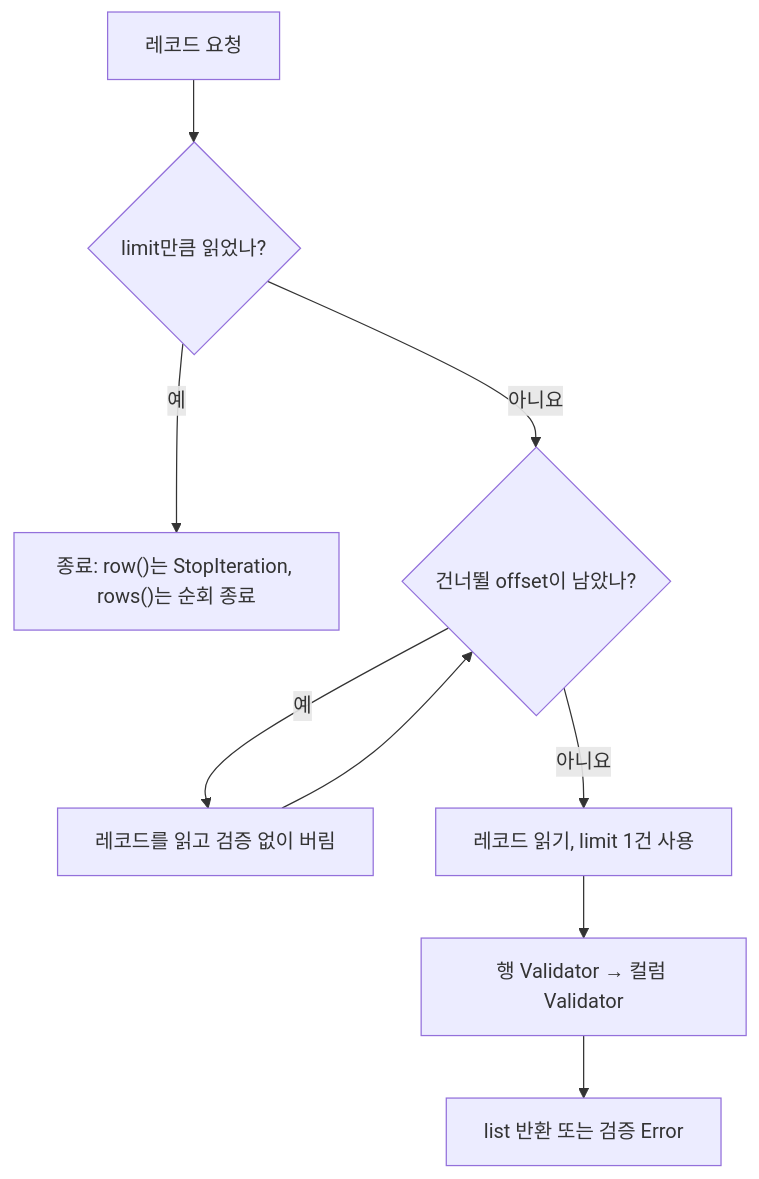
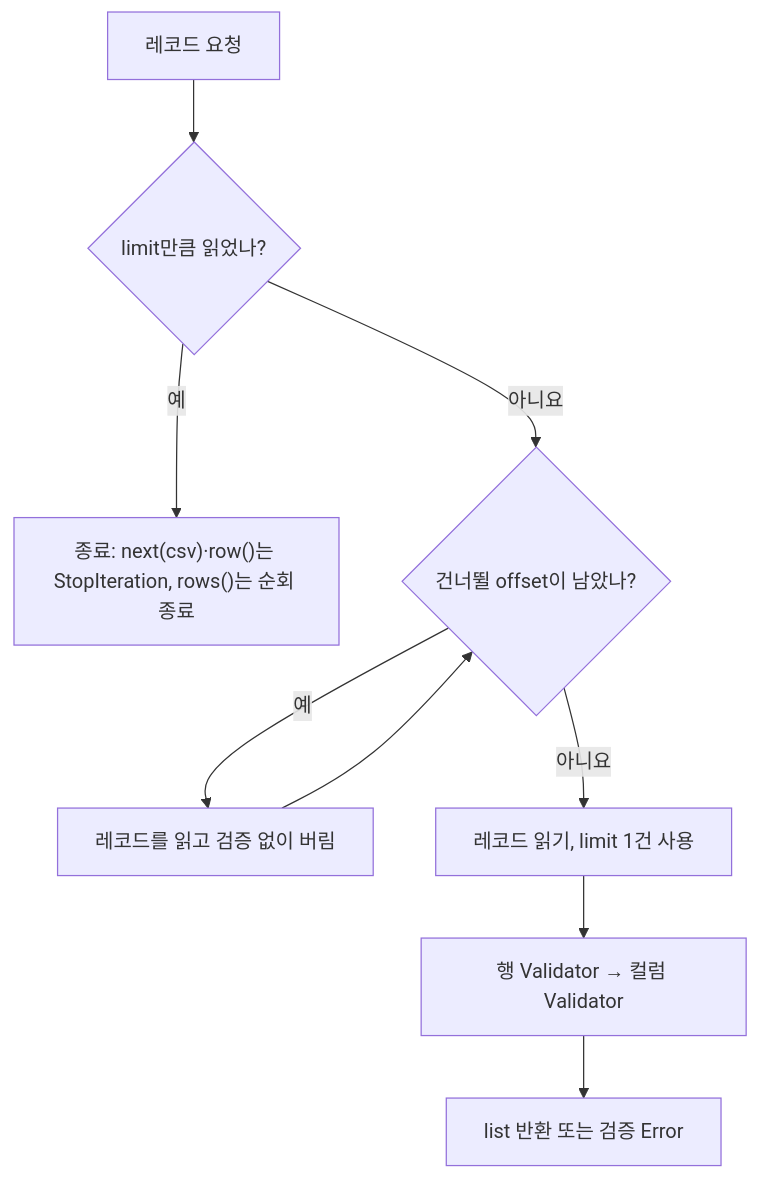
Before and after one commit to yong5eon/csvd2c: the second of 4 diagrams in docs/README.md, drawn with Mermaid. The commit also changed other lines of this file and 16 other files, not shown here.

````diff
--- a/docs/README.md
+++ b/docs/README.md
@@ -149,10 +149,10 @@
 ```mermaid
 flowchart TD
   A["레코드 요청"] --> B{"limit만큼 읽었나?"}
-  B -- 예 --> C["종료: row()는 StopIteration, rows()는 순회 종료"]
+  B -- 예 --> C["종료: next(csv)·row()는 StopIteration, rows()는 순회 종료"]
   B -- 아니요 --> D{"건너뛸 offset이 남았나?"}
   D -- 예 --> E["레코드를 읽고 검증 없이 버림"] --> D
   D -- 아니요 --> F["레코드 읽기, limit 1건 사용"]
   F --> G["행 Validator → 컬럼 Validator"]
   G --> H["list 반환 또는 검증 Error"]
 ```
````
